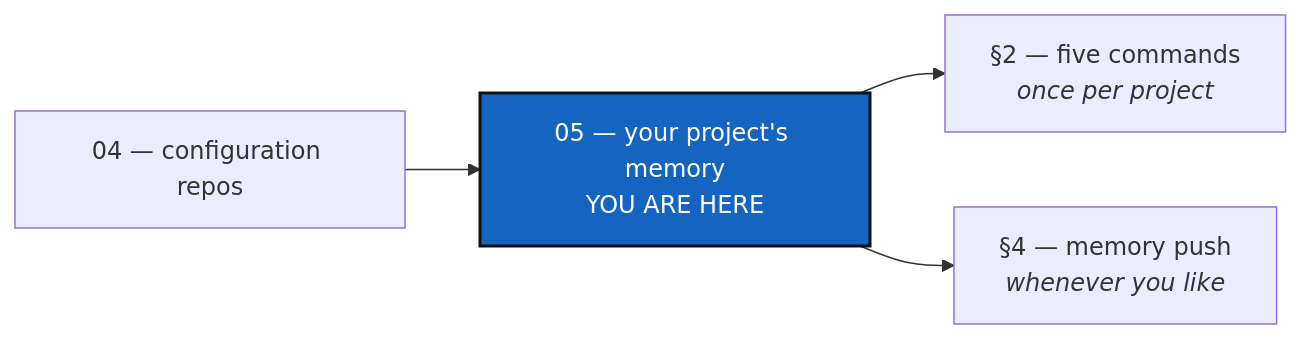
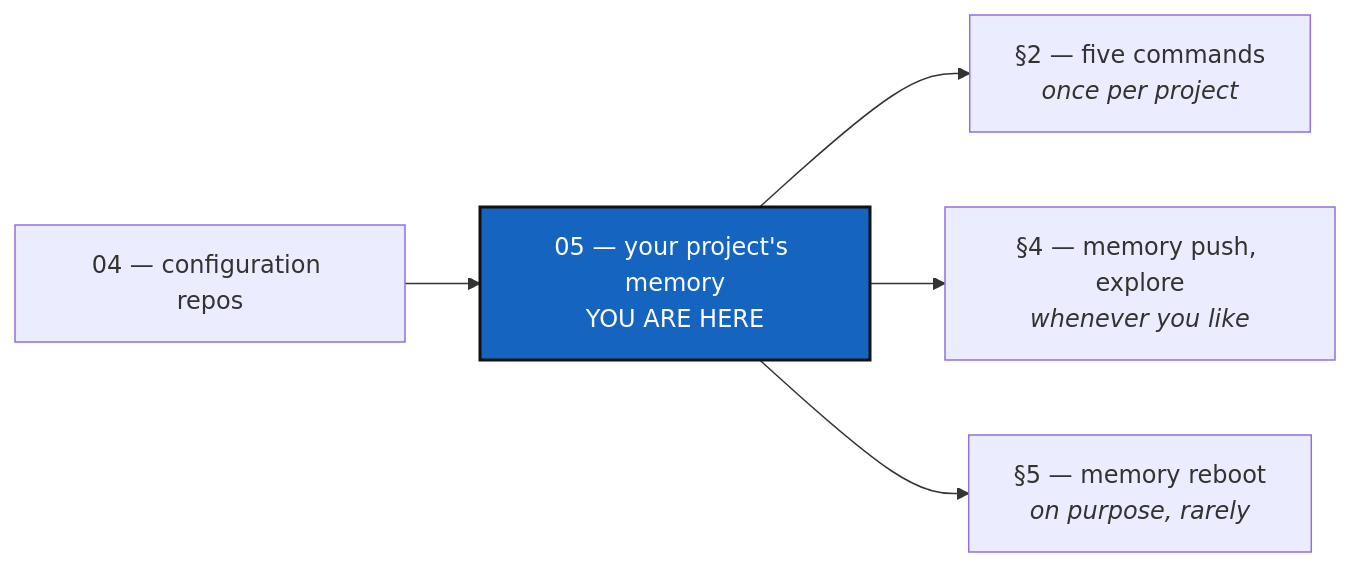
One commit to flipoyo/ComplexGitSync changed the diagram in tutorials/05_memory.md. Above: the diagram before and after it, drawn with Mermaid. The commit also changed other lines of this file and 1 other file, not shown here.

Commit message:
update tuto5 on memory

````diff
--- a/tutorials/05_memory.md
+++ b/tutorials/05_memory.md
@@ -28,9 +32,10 @@
 ```mermaid
 graph LR
     T4["04 — configuration repos"] --> T5["05 — your project's memory<br/>YOU ARE HERE"]
     T5 --> ONCE["§2 — five commands<br/><i>once per project</i>"]
-    T5 --> DAILY["§4 — memory push<br/><i>whenever you like</i>"]
+    T5 --> DAILY["§4 — memory push, explore<br/><i>whenever you like</i>"]
+    T5 --> REBOOT["§5 — memory reboot<br/><i>on purpose, rarely</i>"]
 
     classDef here fill:#1565C0,color:#fff,stroke:#111,stroke-width:2px;
     class T5 here;
 ```
````
